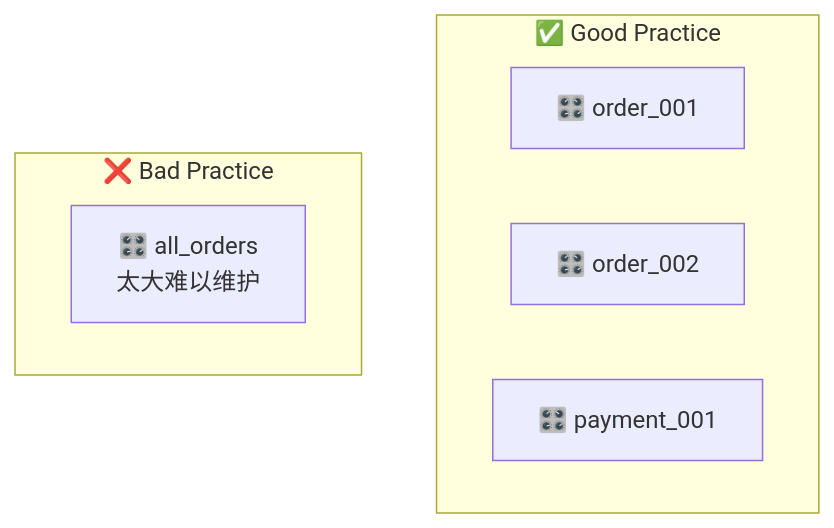
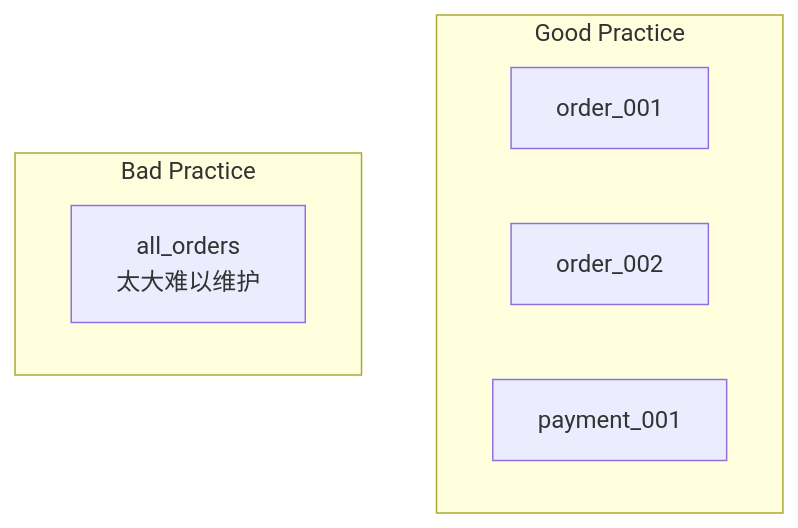
The sixth of 7 diagrams in docs/zh/core/statemachine.md (YearsAlso/zoo-framework-doc), drawn with Mermaid before and after one commit. The commit also changed other lines of this file and 24 other files, not shown here.

First line of the commit message:
docs(site): 站点正式化与内容严肃化，附 bench 报告截图

````diff
--- a/docs/zh/core/statemachine.md
+++ b/docs/zh/core/statemachine.md
@@ -470,12 +470,12 @@
 ```mermaid
 graph TB
-    subgraph "✅ Good Practice"
-        G1[🎛️ order_001]
-        G2[🎛️ order_002]
-        G3[🎛️ payment_001]
+    subgraph " Good Practice"
+        G1[ order_001]
+        G2[ order_002]
+        G3[ payment_001]
     end
     
-    subgraph "❌ Bad Practice"
-        B1[🎛️ all_orders<br/>太大难以维护]
+    subgraph " Bad Practice"
+        B1[ all_orders<br/>太大难以维护]
     end
 ```
````
